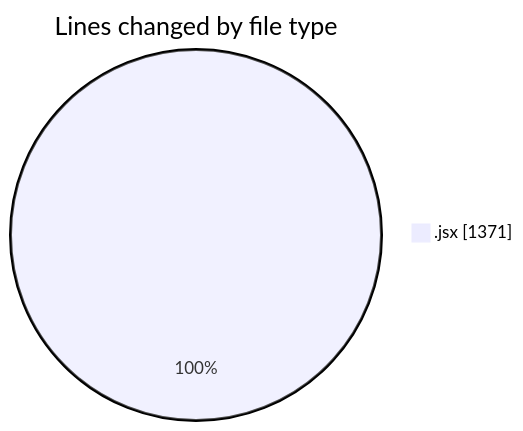
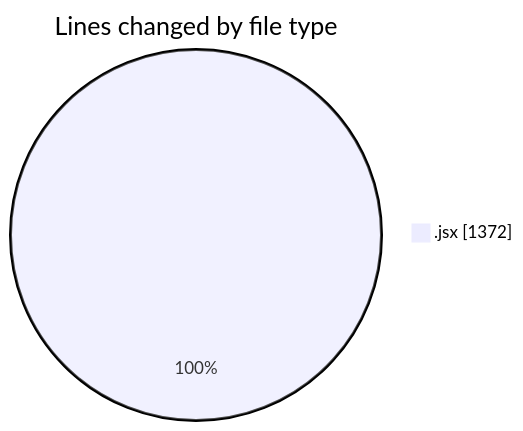
The first of 2 diagrams in 2025-05-13/argos-dev/README.md (nxtqubesakshisongat/code-tracking), drawn with Mermaid before and after one commit. The commit also changed other lines of this file and 1 other file, not shown here.

````diff
--- a/2025-05-13/argos-dev/README.md
+++ b/2025-05-13/argos-dev/README.md
@@ -22,5 +22,5 @@
 ```mermaid
 pie showData
 title Lines changed by file type
-".jsx" : 1371
+".jsx" : 1372
 ```
````
